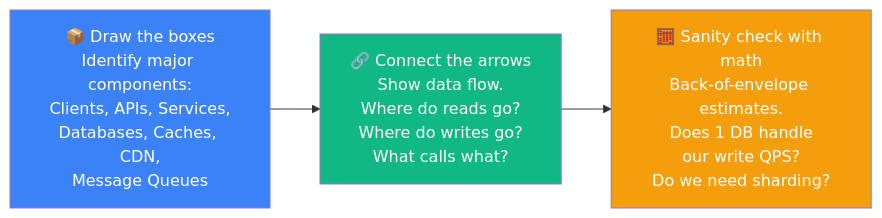
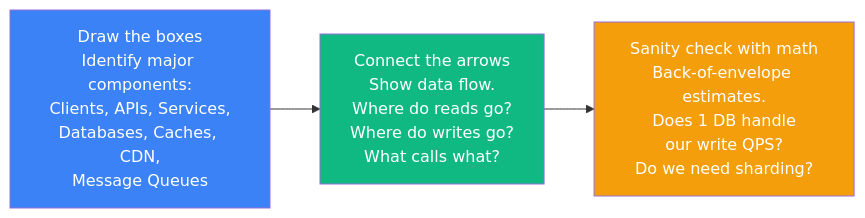
Before and after one commit to devops-monk/system-design-blog: the sixth of 18 diagrams in content/posts/2026/framework-for-system-design-interviews.md, drawn with Mermaid. The commit also changed other lines of this file and 5 other files, not shown here.

````diff
--- a/content/posts/2026/framework-for-system-design-interviews.md
+++ b/content/posts/2026/framework-for-system-design-interviews.md
@@ -251,14 +251,14 @@
 ```mermaid
 flowchart LR
-    A["📦 Draw the boxes\nIdentify major components:\nClients, APIs, Services,\nDatabases, Caches, CDN,\nMessage Queues"]
+    A["Draw the boxes\nIdentify major components:\nClients, APIs, Services,\nDatabases, Caches, CDN,\nMessage Queues"]
 
-    B["🔗 Connect the arrows\nShow data flow.\nWhere do reads go?\nWhere do writes go?\nWhat calls what?"]
+    B["Connect the arrows\nShow data flow.\nWhere do reads go?\nWhere do writes go?\nWhat calls what?"]
 
-    C["🧮 Sanity check with math\nBack-of-envelope estimates.\nDoes 1 DB handle\nour write QPS?\nDo we need sharding?"]
+    C["Sanity check with math\nBack-of-envelope estimates.\nDoes 1 DB handle\nour write QPS?\nDo we need sharding?"]
 
     A --> B --> C
 
     style A fill:#3B82F6,color:#fff
     style B fill:#10B981,color:#fff
     style C fill:#F59E0B,color:#fff
 ```
````
